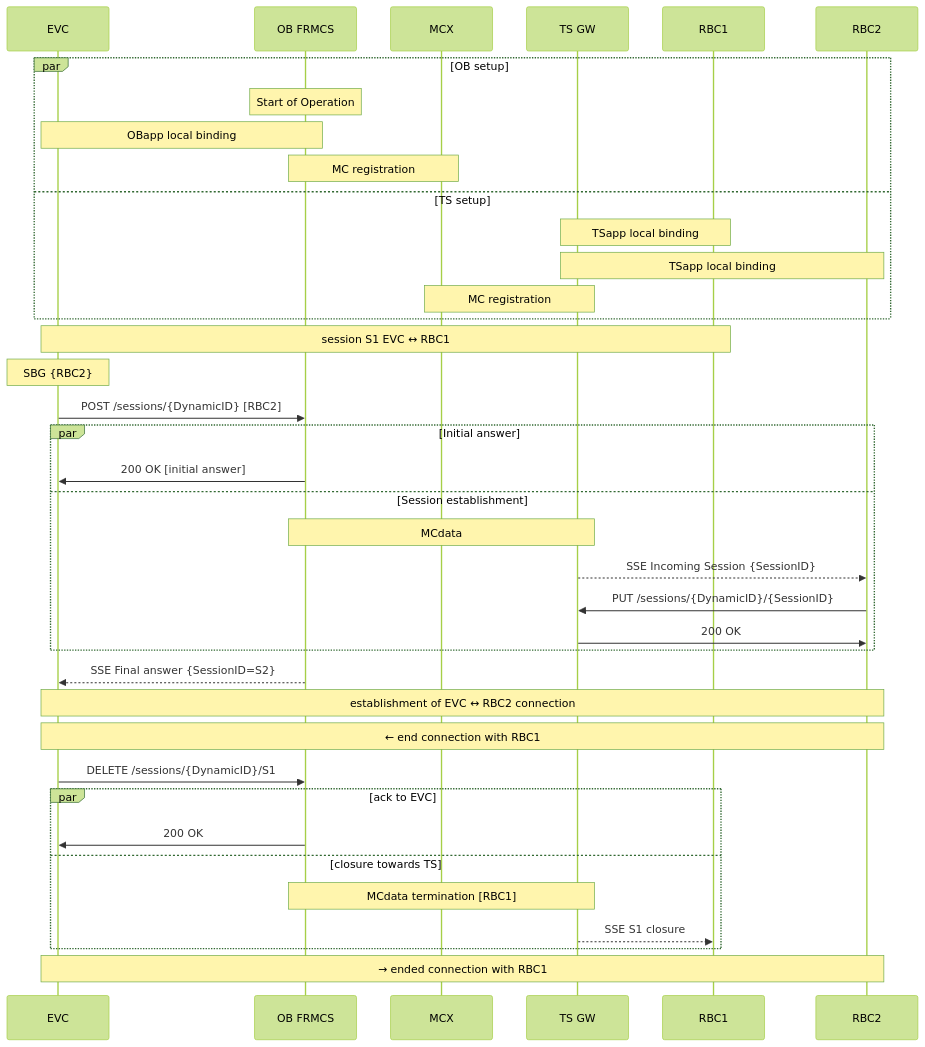
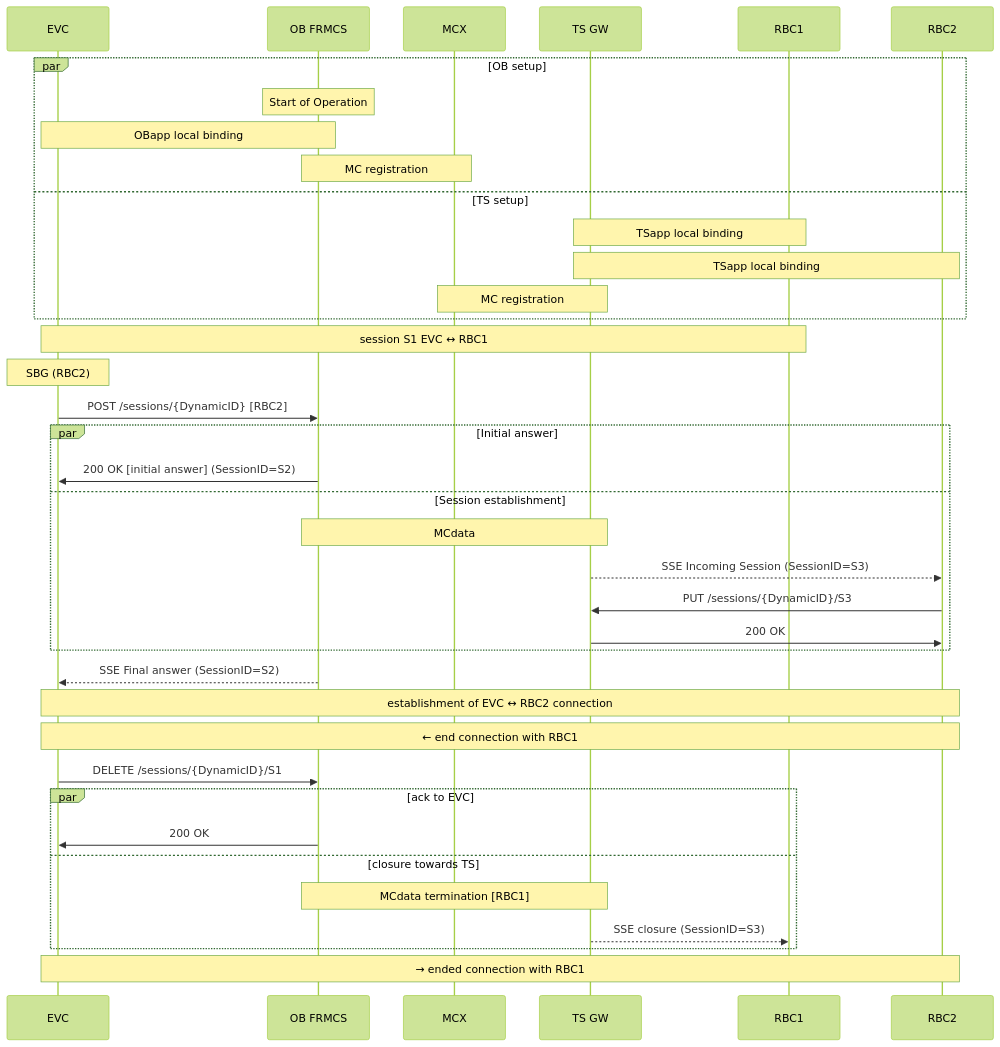
One commit to UICrail/FRMCSSandbox changed the third of 4 diagrams in API/README.md. Above: the diagram before and after it, drawn with Mermaid (forest theme). The commit also changed other lines of this file, not shown here.

Commit message:
README.md - corrected session identifiers in ETCS flows for readability

````diff
--- a/API/README.md
+++ b/API/README.md
@@ -97,48 +97,48 @@
 ```mermaid
 
 sequenceDiagram
 participant A as EVC
 participant O as OB FRMCS
 participant M as MCX
 participant T as TS GW
 participant B1 as RBC1
 participant B2 as RBC2
 
 par OB setup
 	Note over O: Start of Operation 
 	Note over A,O: OBapp local binding
 	Note over O,M:	MC registration
 and TS setup
 	Note over B1,T: TSapp local binding
 	Note over B2,T: TSapp local binding
 	Note over T,M:	MC registration
 end
 
 % existing session with B1
 Note over A,B1: session S1 EVC ↔ RBC1
 
 % establishment of session to B2
-Note over A:	SBG {RBC2}
+Note over A:	SBG (RBC2)
 
 A->>O:	POST /sessions/{DynamicID} [RBC2]
 par Initial answer
-	O->>A:	200 OK [initial answer]
+	O->>A:	200 OK [initial answer] (SessionID=S2)
 and Session establishment
 	Note over O,T: MCdata
-	T-->>B2:	SSE Incoming Session {SessionID}
-	B2->>T:	PUT /sessions/{DynamicID}/{SessionID}
+	T-->>B2:	SSE Incoming Session (SessionID=S3)
+	B2->>T:	PUT /sessions/{DynamicID}/S3
 	T->>B2: 200 OK
 end
-O-->>A:	SSE Final answer {SessionID=S2}	
+O-->>A:	SSE Final answer (SessionID=S2)	
 Note over A,B2: establishment of EVC ↔ RBC2 connection
 Note over A,B2: ← end connection with RBC1
 A->>O:	DELETE /sessions/{DynamicID}/S1
 par ack to EVC
 	O->>A:	200 OK
 and closure towards TS
 	Note over O,T:	MCdata termination [RBC1]
-	T-->>B1: SSE S1 closure
+	T-->>B1: SSE closure (SessionID=S3)
 end
 Note over A,B2: → ended connection with RBC1
 
 ```
````
